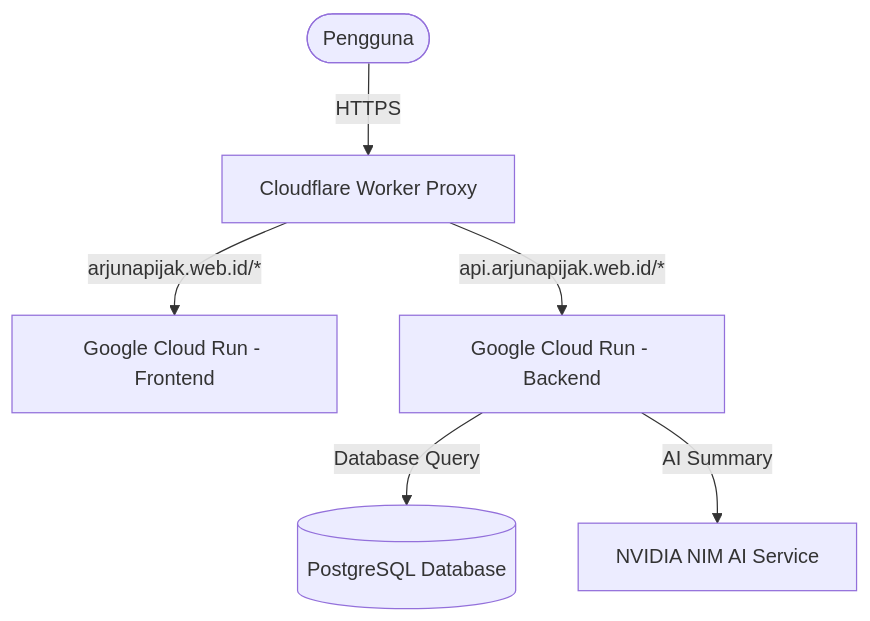
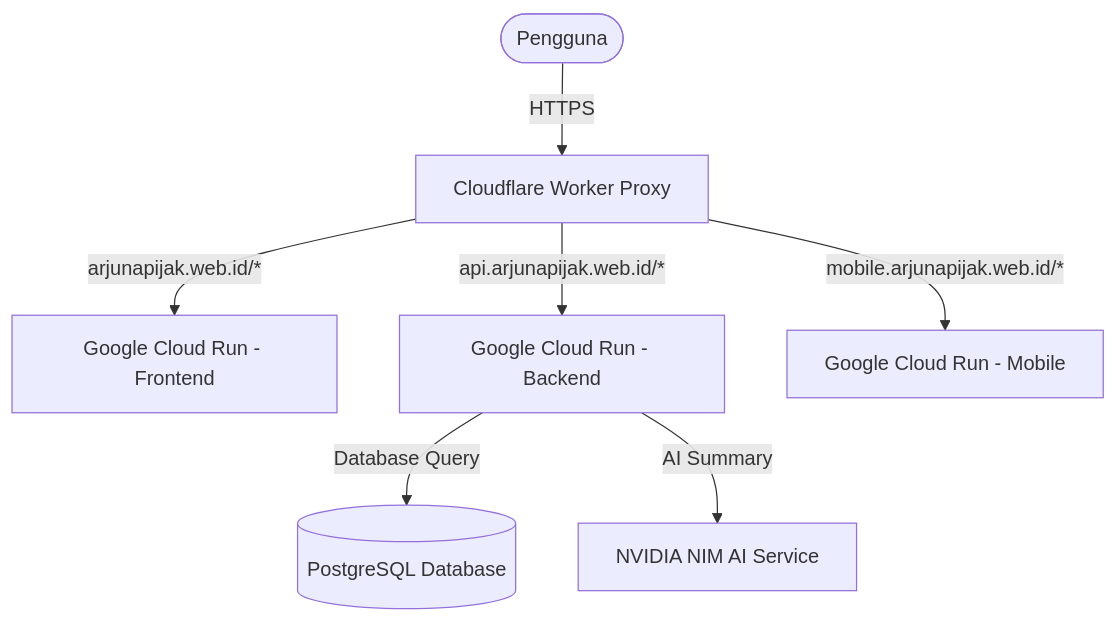
Before and after one commit to wildaafn/ArjunaAppPijak: the diagram in README.md, drawn with Mermaid. The commit also changed other lines of this file and 2 other files, not shown here.

Commit message:
docs: update README with mobile web info and fix Cloud Run urls in proxy

````diff
--- a/README.md
+++ b/README.md
@@ -31,8 +34,9 @@
 ```mermaid
 graph TD
     User([Pengguna]) -->|HTTPS| CF[Cloudflare Worker Proxy]
     CF -->|arjunapijak.web.id/*| CR_FE[Google Cloud Run - Frontend]
     CF -->|api.arjunapijak.web.id/*| CR_BE[Google Cloud Run - Backend]
+    CF -->|mobile.arjunapijak.web.id/*| CR_MB[Google Cloud Run - Mobile]
     CR_BE -->|Database Query| DB[(PostgreSQL Database)]
     CR_BE -->|AI Summary| NVIDIA[NVIDIA NIM AI Service]
 ```
````
